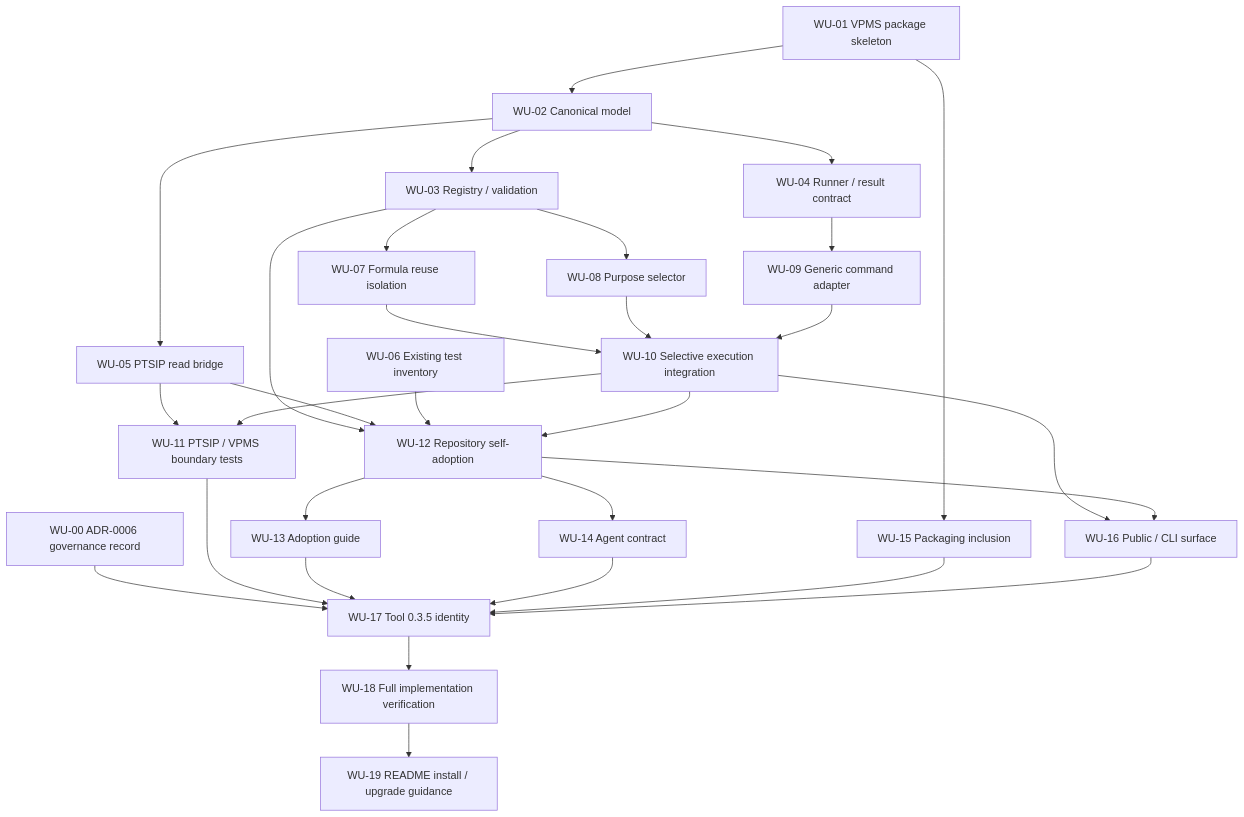
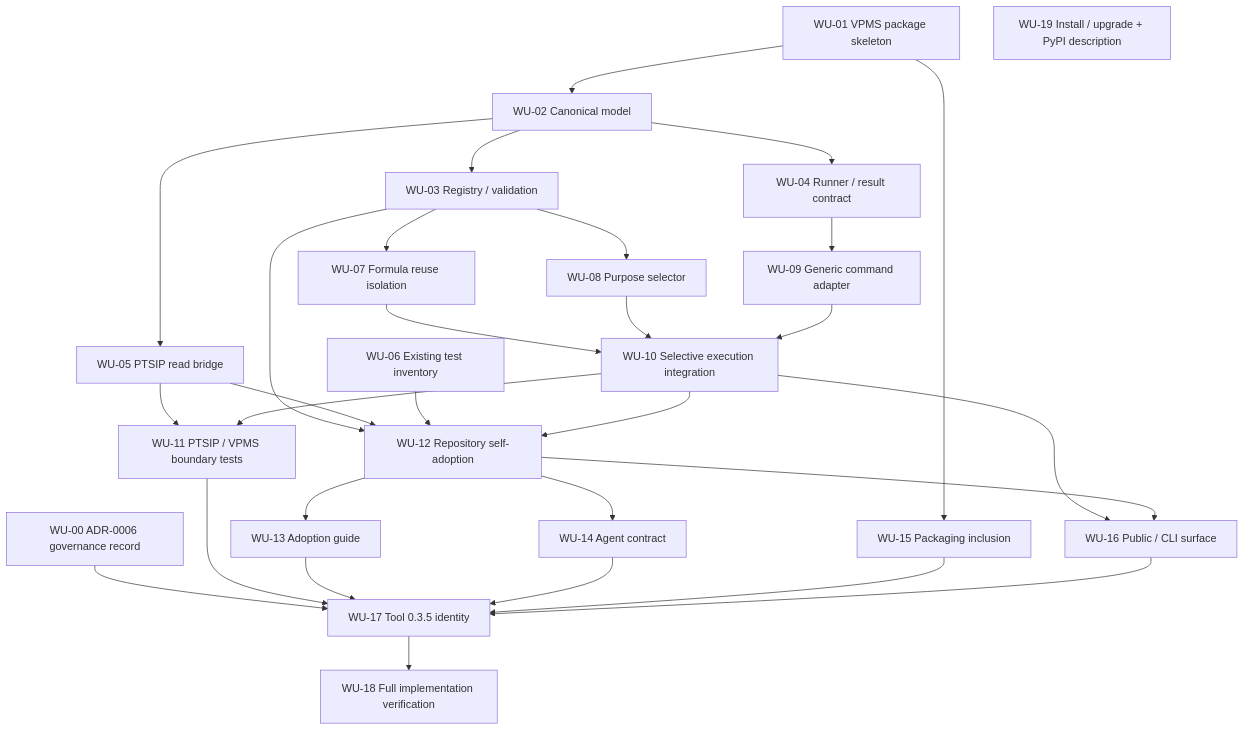
The diagram in planning/0.3.5.md (Kinirin/PTSIP), drawn with Mermaid before and after one commit. The commit also changed other lines of this file, not shown here.

````diff
--- a/planning/0.3.5.md
+++ b/planning/0.3.5.md
@@ -834,40 +834,40 @@
 ```mermaid
 flowchart TD
     WU01["WU-01 VPMS package skeleton"] --> WU02["WU-02 Canonical model"]
 
     WU02 --> WU03["WU-03 Registry / validation"]
     WU02 --> WU04["WU-04 Runner / result contract"]
     WU02 --> WU05["WU-05 PTSIP read bridge"]
     WU01 --> WU15["WU-15 Packaging inclusion"]
 
     WU03 --> WU07["WU-07 Formula reuse isolation"]
     WU03 --> WU08["WU-08 Purpose selector"]
     WU04 --> WU09["WU-09 Generic command adapter"]
 
     WU07 --> WU10["WU-10 Selective execution integration"]
     WU08 --> WU10
     WU09 --> WU10
 
     WU05 --> WU11["WU-11 PTSIP / VPMS boundary tests"]
     WU10 --> WU11
 
     WU03 --> WU12["WU-12 Repository self-adoption"]
     WU05 --> WU12
     WU06["WU-06 Existing test inventory"] --> WU12
     WU10 --> WU12
 
     WU12 --> WU13["WU-13 Adoption guide"]
     WU12 --> WU14["WU-14 Agent contract"]
     WU10 --> WU16["WU-16 Public / CLI surface"]
     WU12 --> WU16
 
     WU00["WU-00 ADR-0006 governance record"] --> WU17["WU-17 Tool 0.3.5 identity"]
     WU11 --> WU17
     WU13 --> WU17
     WU14 --> WU17
     WU15 --> WU17
     WU16 --> WU17
 
     WU17 --> WU18["WU-18 Full implementation verification"]
-    WU18 --> WU19["WU-19 README install / upgrade guidance"]
+    WU19["WU-19 Install / upgrade + PyPI description"]
 ```
````
